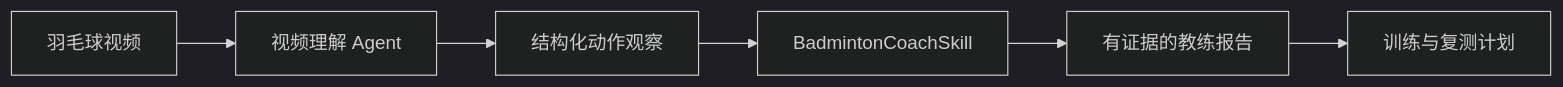
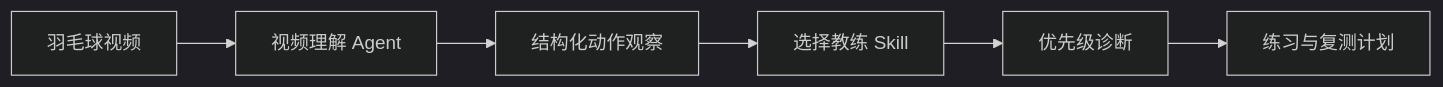
One commit to jhxu003/BadmintonCoachSkill changed the diagram in README.md. Above: the diagram before and after it, drawn with Mermaid (dark theme). The commit also changed other lines of this file and 64 other files, not shown here.

````diff
--- a/README.md
+++ b/README.md
@@ -211,8 +55,8 @@
 ```mermaid
 flowchart LR
     V[羽毛球视频] --> A[视频理解 Agent]
     A --> O[结构化动作观察]
-    O --> S[BadmintonCoachSkill]
-    S --> R[有证据的教练报告]
-    R --> P[训练与复测计划]
+    O --> S[选择教练 Skill]
+    S --> D[优先级诊断]
+    D --> T[练习与复测计划]
 ```
````
